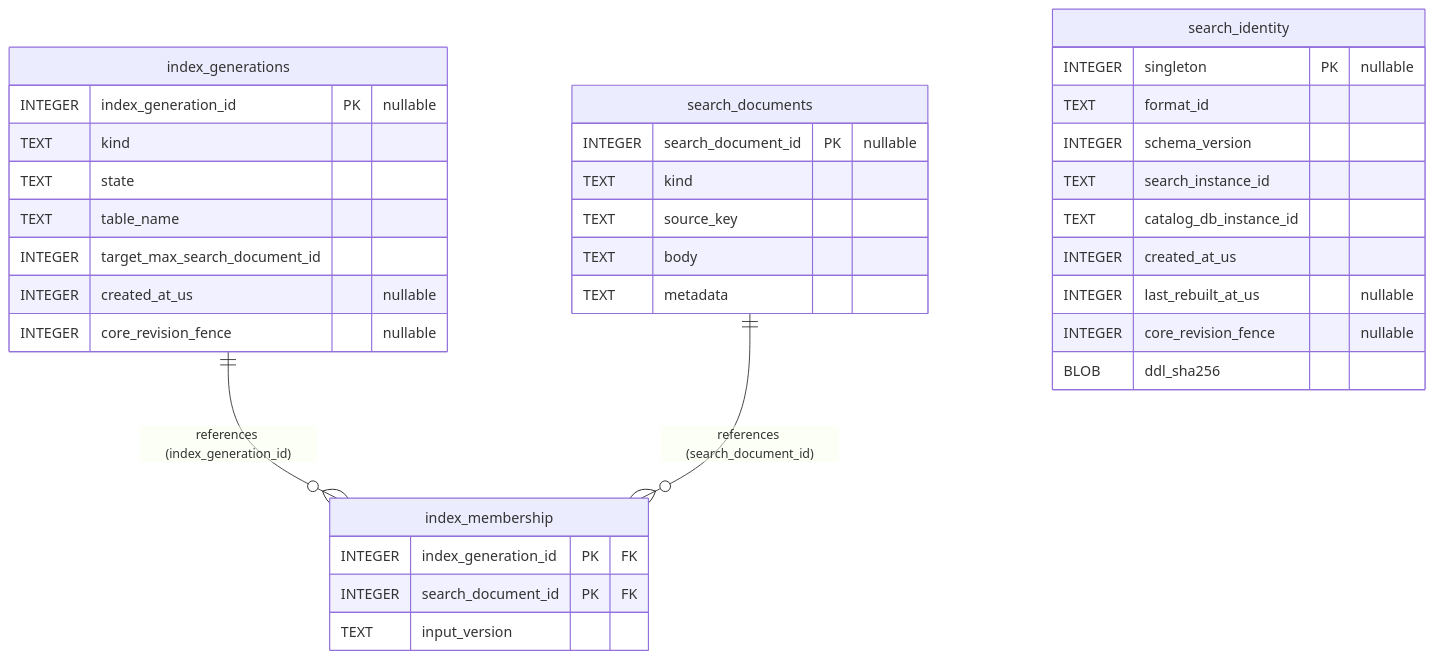
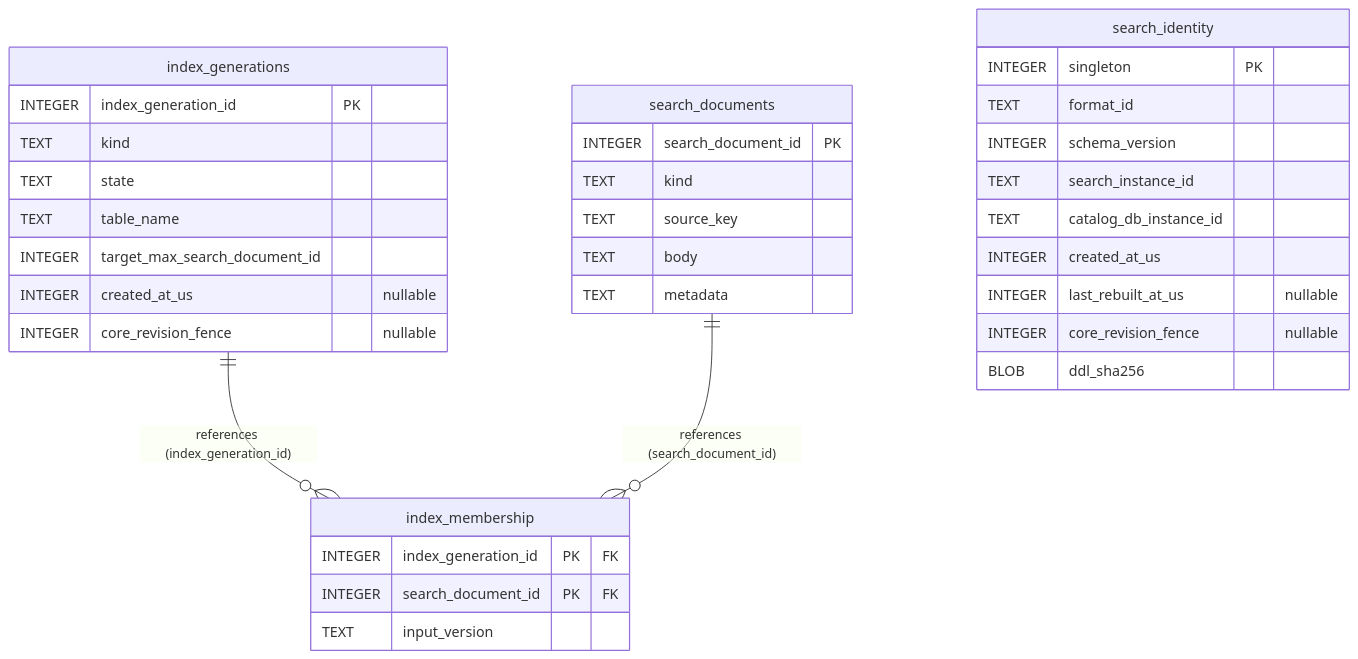
One commit to TakashiSasaki/git-repo-db changed the diagram in docs/schema/mermaid/search.md. Above: the diagram before and after it, drawn with Mermaid. The commit also changed other lines of this file and 17 other files, not shown here.

First line of the commit message:
fix(schema): resolve generated columns, unique constraints, and mermaid cardinality defects (C1-C5)

````diff
--- a/docs/schema/mermaid/search.md
+++ b/docs/schema/mermaid/search.md
@@ -14,41 +14,41 @@
 ```mermaid
 erDiagram
     index_generations {
-        INTEGER index_generation_id PK "nullable"
+        INTEGER index_generation_id PK
         TEXT kind
         TEXT state
         TEXT table_name
         INTEGER target_max_search_document_id
         INTEGER created_at_us "nullable"
         INTEGER core_revision_fence "nullable"
     }
 
     index_membership {
         INTEGER index_generation_id PK "FK"
         INTEGER search_document_id PK "FK"
         TEXT input_version
     }
 
     search_documents {
-        INTEGER search_document_id PK "nullable"
+        INTEGER search_document_id PK
         TEXT kind
         TEXT source_key
         TEXT body
         TEXT metadata
     }
 
     search_identity {
-        INTEGER singleton PK "nullable"
+        INTEGER singleton PK
         TEXT format_id
         INTEGER schema_version
         TEXT search_instance_id
         TEXT catalog_db_instance_id
         INTEGER created_at_us
         INTEGER last_rebuilt_at_us "nullable"
         INTEGER core_revision_fence "nullable"
         BLOB ddl_sha256
     }
 
     index_generations ||--o{ index_membership : "references (index_generation_id)"
     search_documents ||--o{ index_membership : "references (search_document_id)"
 ```
````
